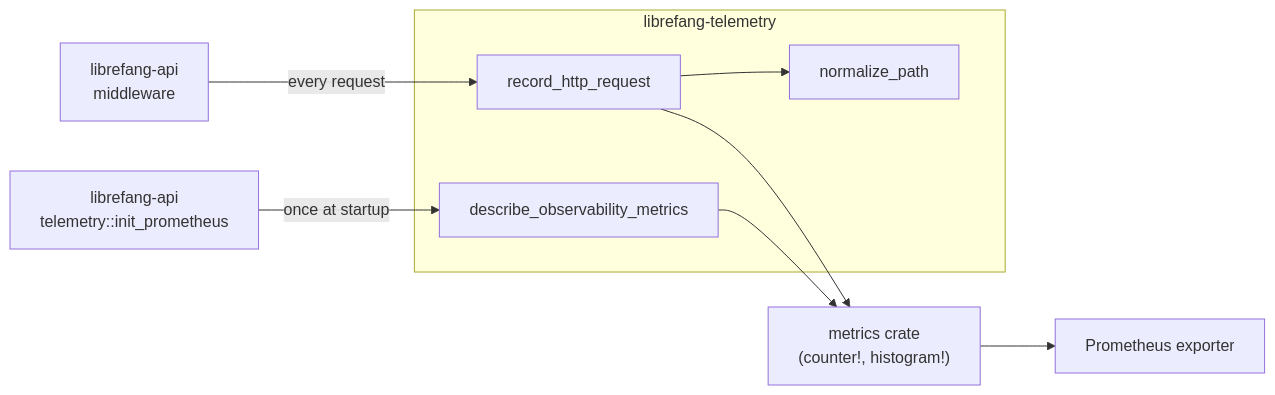
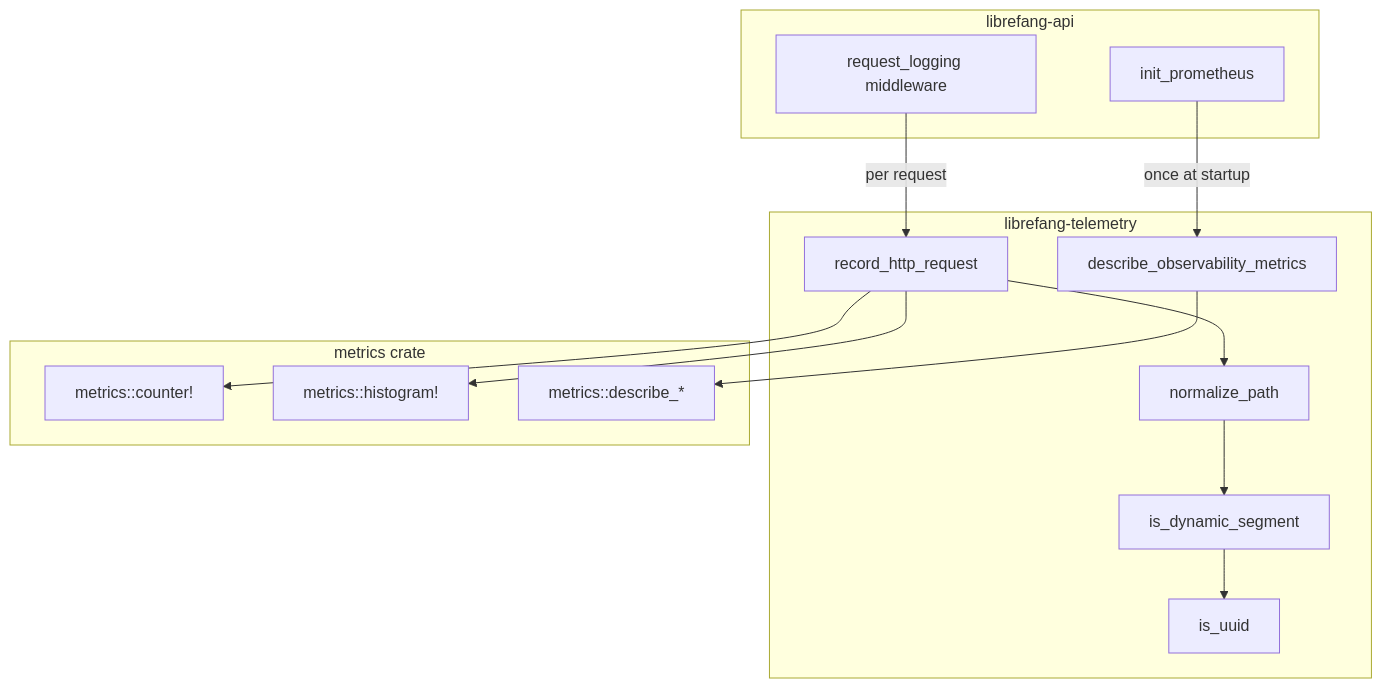
One commit to leszek3737/librefang-WIki changed the diagram in telemetry-observability.md. Above: the diagram before and after it, drawn with Mermaid. The commit also changed other lines of this file and 70 other files, not shown here.

````diff
--- a/telemetry-observability.md
+++ b/telemetry-observability.md
@@ -13,19 +11,30 @@
 ```mermaid
-flowchart LR
-    MW["librefang-api<br/>middleware"]
-    TEL["librefang-api<br/>telemetry::init_prometheus"]
-    subgraph librefang-telemetry
+graph TD
+    subgraph "librefang-api"
+        MW["request_logging middleware"]
+        TP["init_prometheus"]
+    end
+
+    subgraph "librefang-telemetry"
         RHR["record_http_request"]
+        NP["normalize_path"]
         DOM["describe_observability_metrics"]
-        NP["normalize_path"]
+        IDS["is_dynamic_segment"]
+        IU["is_uuid"]
     end
-    MC["metrics crate<br/>(counter!, histogram!)"]
-    PE["Prometheus exporter"]
 
-    MW -->|"every request"| RHR
-    TEL -->|"once at startup"| DOM
+    subgraph "metrics crate"
+        MC["metrics::counter!"]
+        MH["metrics::histogram!"]
+        MD["metrics::describe_*"]
+    end
+
+    MW -->|"per request"| RHR
     RHR --> NP
+    NP --> IDS
+    IDS --> IU
     RHR --> MC
-    DOM --> MC
-    MC --> PE
+    RHR --> MH
+    TP -->|"once at startup"| DOM
+    DOM --> MD
 ```
````
